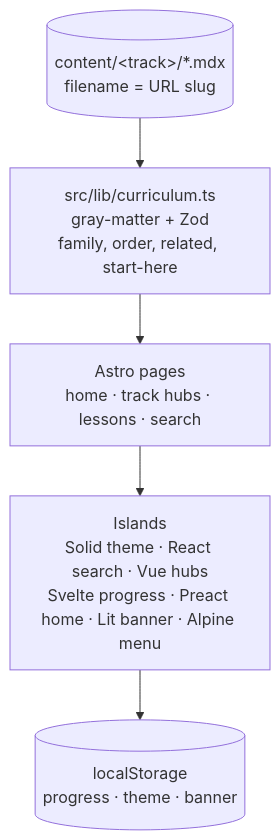
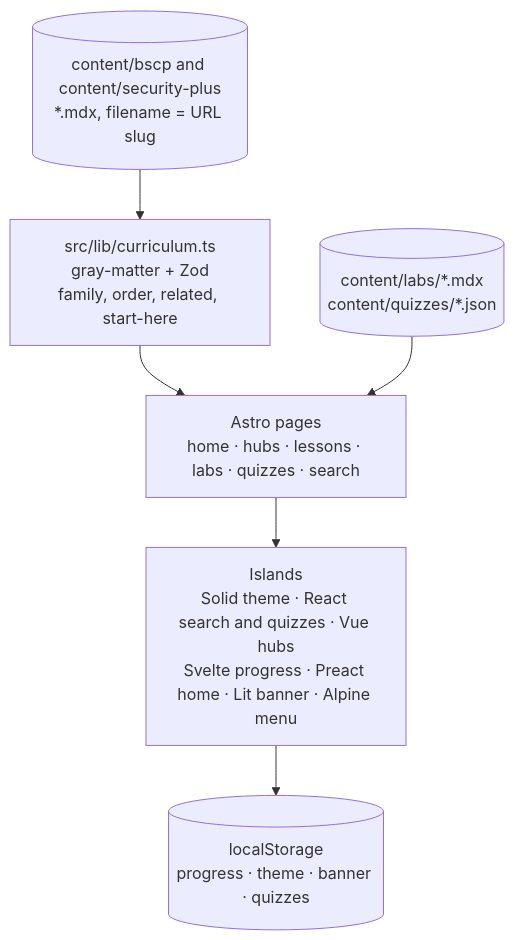
The diagram in README.md (jondmarien/cert-study), drawn with Mermaid before and after one commit. The commit also changed other lines of this file, not shown here.

First line of the commit message:
Match the README to the lessons, labs, and quizzes on disk.

````diff
--- a/README.md
+++ b/README.md
@@ -75,9 +76,12 @@
 ```mermaid
 flowchart TB
-    FILES[("content/&lt;track&gt;/*.mdx<br/>filename = URL slug")]
+    FILES[("content/bscp and content/security-plus<br/>*.mdx, filename = URL slug")]
+    MORE[("content/labs/*.mdx<br/>content/quizzes/*.json")]
     LOAD["src/lib/curriculum.ts<br/>gray-matter + Zod<br/>family, order, related, start-here"]
-    PAGES["Astro pages<br/>home · track hubs · lessons · search"]
-    ISLANDS["Islands<br/>Solid theme · React search · Vue hubs<br/>Svelte progress · Preact home · Lit banner · Alpine menu"]
-    LOCAL[("localStorage<br/>progress · theme · banner")]
-    FILES --> LOAD --> PAGES --> ISLANDS --> LOCAL
+    PAGES["Astro pages<br/>home · hubs · lessons · labs · quizzes · search"]
+    ISLANDS["Islands<br/>Solid theme · React search and quizzes · Vue hubs<br/>Svelte progress · Preact home · Lit banner · Alpine menu"]
+    LOCAL[("localStorage<br/>progress · theme · banner · quizzes")]
+    FILES --> LOAD --> PAGES
+    MORE --> PAGES
+    PAGES --> ISLANDS --> LOCAL
 ```
````
